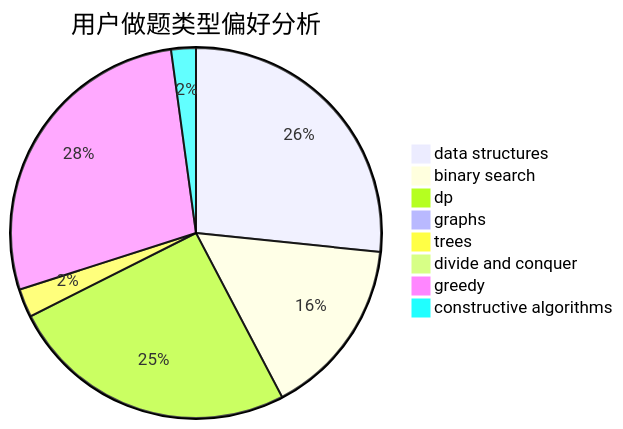
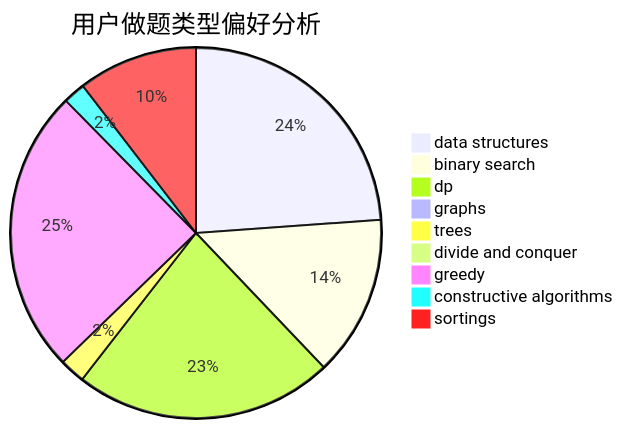
The second of 3 diagrams in docs/user/u1074.md (sherpahu/cfrs.github.io), drawn with Mermaid before and after one commit. The commit also changed other lines of this file and 2769 other files, not shown here.

````diff
--- a/docs/user/u1074.md
+++ b/docs/user/u1074.md
@@ -23,11 +18,12 @@
 ```mermaid
 pie title 用户做题类型偏好分析
     "data structures" :  814
     "binary search" :  479
     "dp" :  772
     "graphs" :  17
     "trees" :  76
     "divide and conquer" :  0
     "greedy" :  849
     "constructive algorithms" :  66
+    "sortings" :  356
 ```
````
